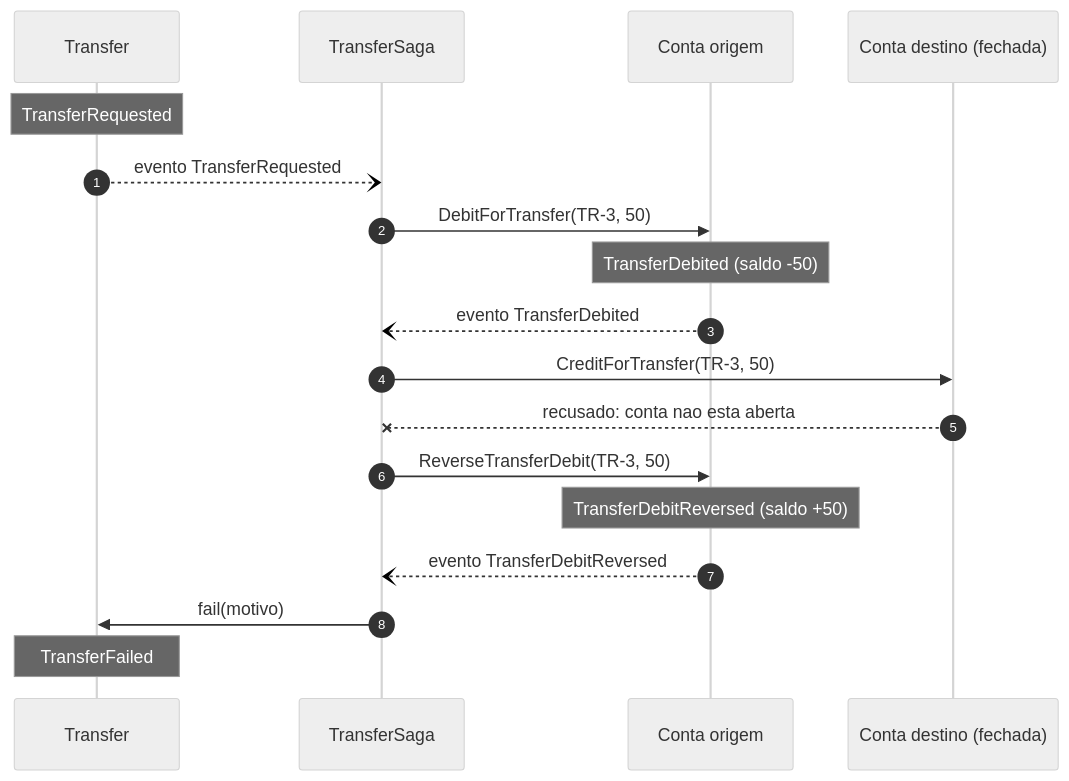
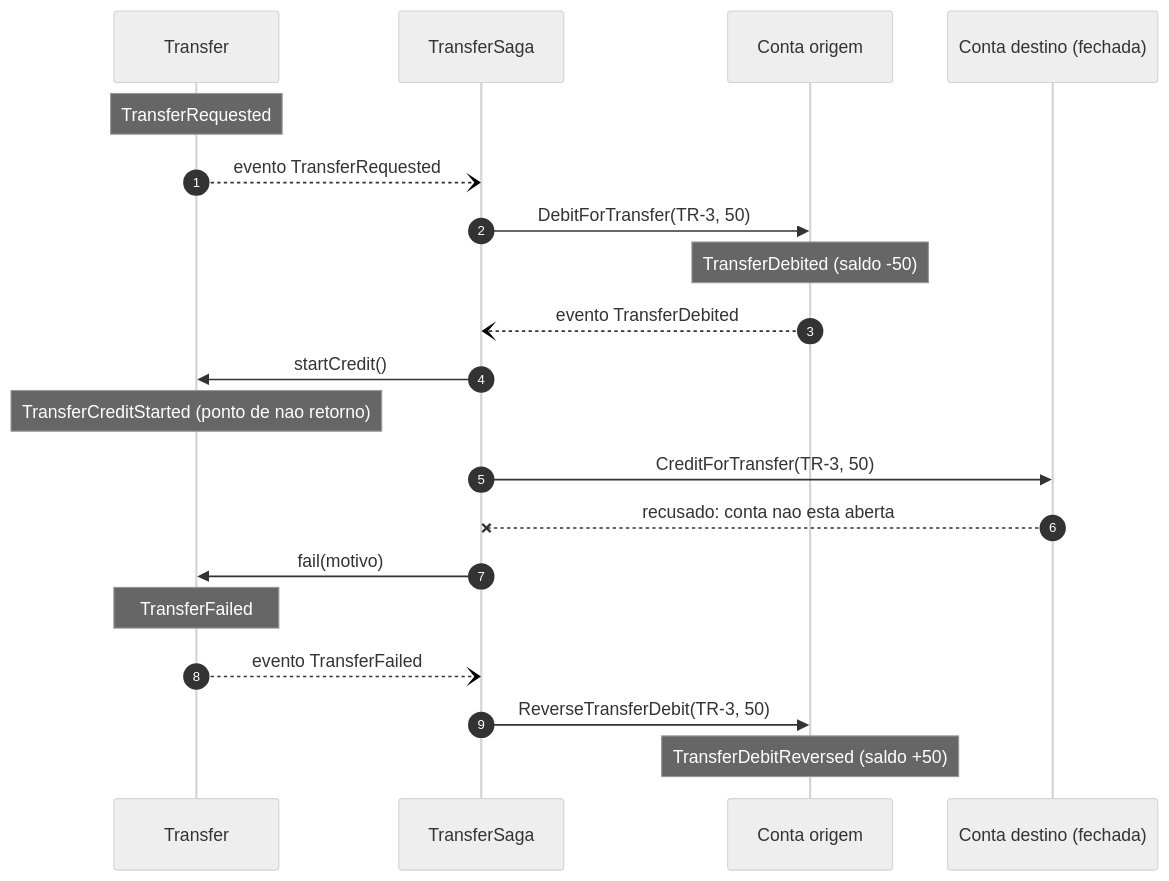
One commit to Diegobraun/cqrs-event-sourcing-demo changed the eighth of 11 diagrams in README.md. Above: the diagram before and after it, drawn with Mermaid (neutral theme). The commit also changed other lines of this file and 26 other files, not shown here.

First line of the commit message:
feat: timeout na saga de transferência com ponto de não retorno

````diff
--- a/README.md
+++ b/README.md
@@ -291,24 +294,25 @@
 ```mermaid
 sequenceDiagram
     autonumber
     participant T as Transfer
     participant S as TransferSaga
     participant A as Conta origem
     participant B as Conta destino (fechada)
 
     Note over T: TransferRequested
     T--)S: evento TransferRequested
     S->>A: DebitForTransfer(TR-3, 50)
     Note over A: TransferDebited (saldo -50)
 
     A--)S: evento TransferDebited
+    S->>T: startCredit()
+    Note over T: TransferCreditStarted (ponto de nao retorno)
     S->>B: CreditForTransfer(TR-3, 50)
     B--xS: recusado: conta nao esta aberta
+    S->>T: fail(motivo)
+    Note over T: TransferFailed
 
+    T--)S: evento TransferFailed
     S->>A: ReverseTransferDebit(TR-3, 50)
     Note over A: TransferDebitReversed (saldo +50)
-
-    A--)S: evento TransferDebitReversed
-    S->>T: fail(motivo)
-    Note over T: TransferFailed
 ```
````
